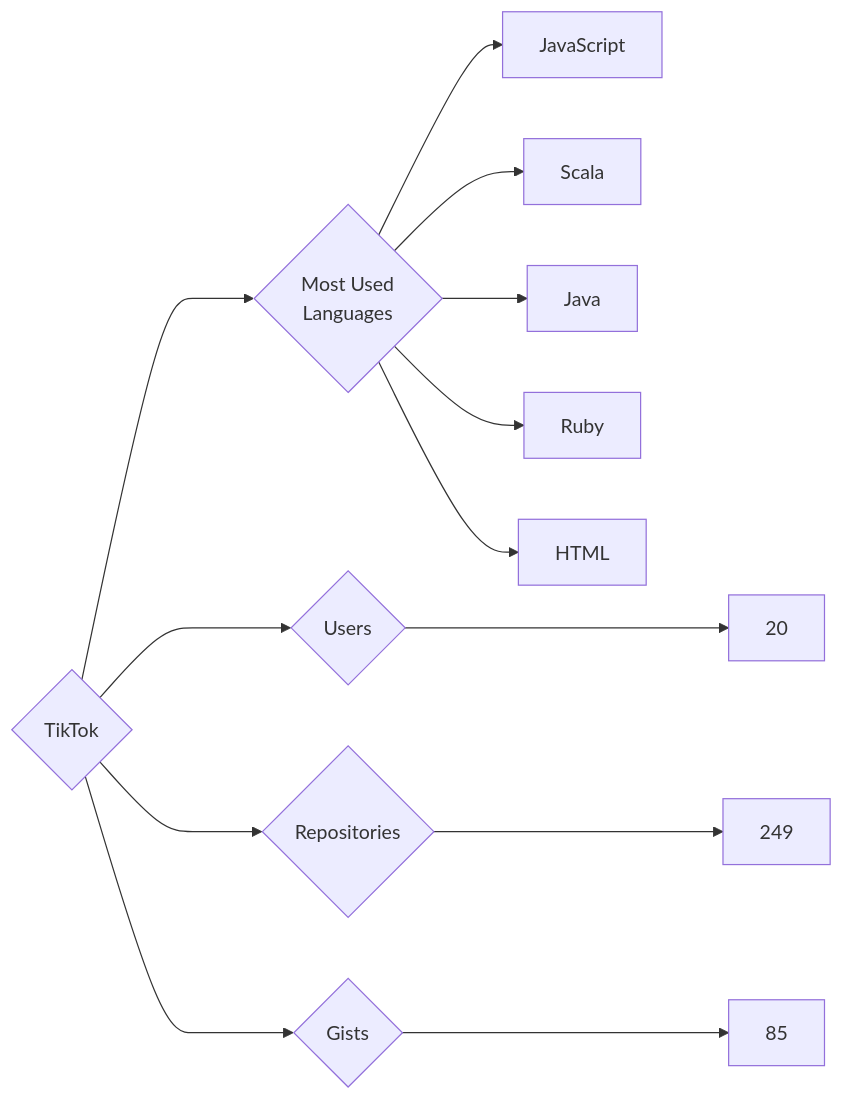
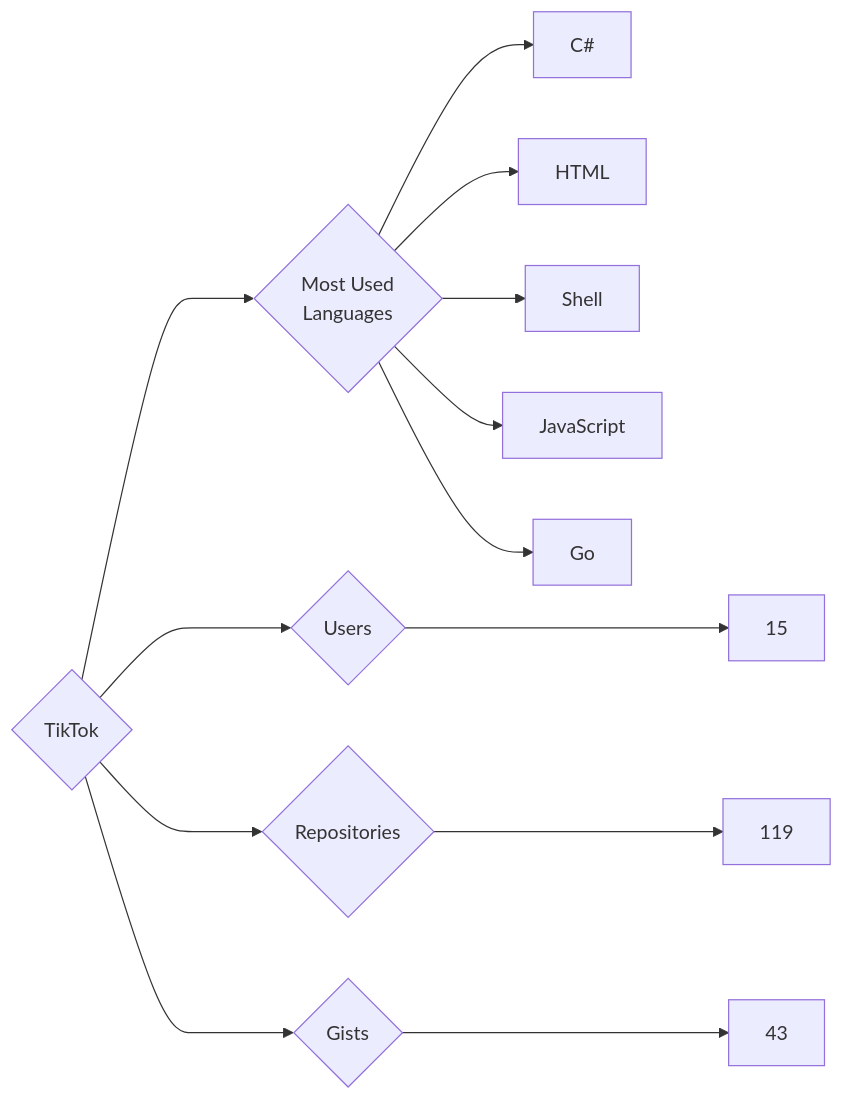
One commit to trickest/insiders changed the diagram in targets/TikTok/README.md. Above: the diagram before and after it, drawn with Mermaid. The commit also changed 955 other files, not shown here.

````diff
--- a/targets/TikTok/README.md
+++ b/targets/TikTok/README.md
@@ -3,13 +3,13 @@
 ```mermaid
 graph LR
 COMPANY_NAME{TikTok}
-COMPANY_NAME ---> U{Users} ---> UN[20]
-COMPANY_NAME ---> R{Repositories} ---> RN[249]
-COMPANY_NAME ---> G{Gists} ---> GN[85]
+COMPANY_NAME ---> U{Users} ---> UN[15]
+COMPANY_NAME ---> R{Repositories} ---> RN[119]
+COMPANY_NAME ---> G{Gists} ---> GN[43]
 COMPANY_NAME ---> ML{Most Used<br>Languages}
+ML --> C#[C#]
+ML --> HTML[HTML]
+ML --> Shell[Shell]
 ML --> JavaScript[JavaScript]
-ML --> Scala[Scala]
-ML --> Java[Java]
-ML --> Ruby[Ruby]
-ML --> HTML[HTML]
+ML --> Go[Go]
 ```
````
